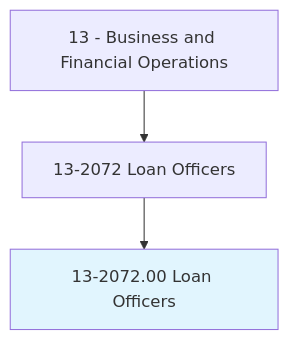
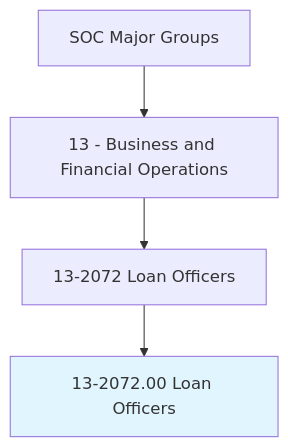
One commit to kziemski/business.org.ai changed the first of 4 diagrams in occupations/Business/LoanOfficers.mdx. Above: the diagram before and after it, drawn with Mermaid. The commit also changed other lines of this file and 938 other files, not shown here.

````diff
--- a/occupations/Business/LoanOfficers.mdx
+++ b/occupations/Business/LoanOfficers.mdx
@@ -19,6 +25,7 @@
 ```mermaid
 graph TD
-    Cat13["13 - Business and Financial Operations"] --> Group132072["13-2072 Loan Officers"]
-    Group132072 --> Current["13-2072.00 Loan Officers"]
+    SOC["SOC Major Groups"] --> Cat13["13 - Business and Financial Operations"]
+    Cat13 --> G132072["13-2072 Loan Officers"]
+    G132072 --> Current["13-2072.00 Loan Officers"]
     style Current fill:#e1f5fe
 ```
````
